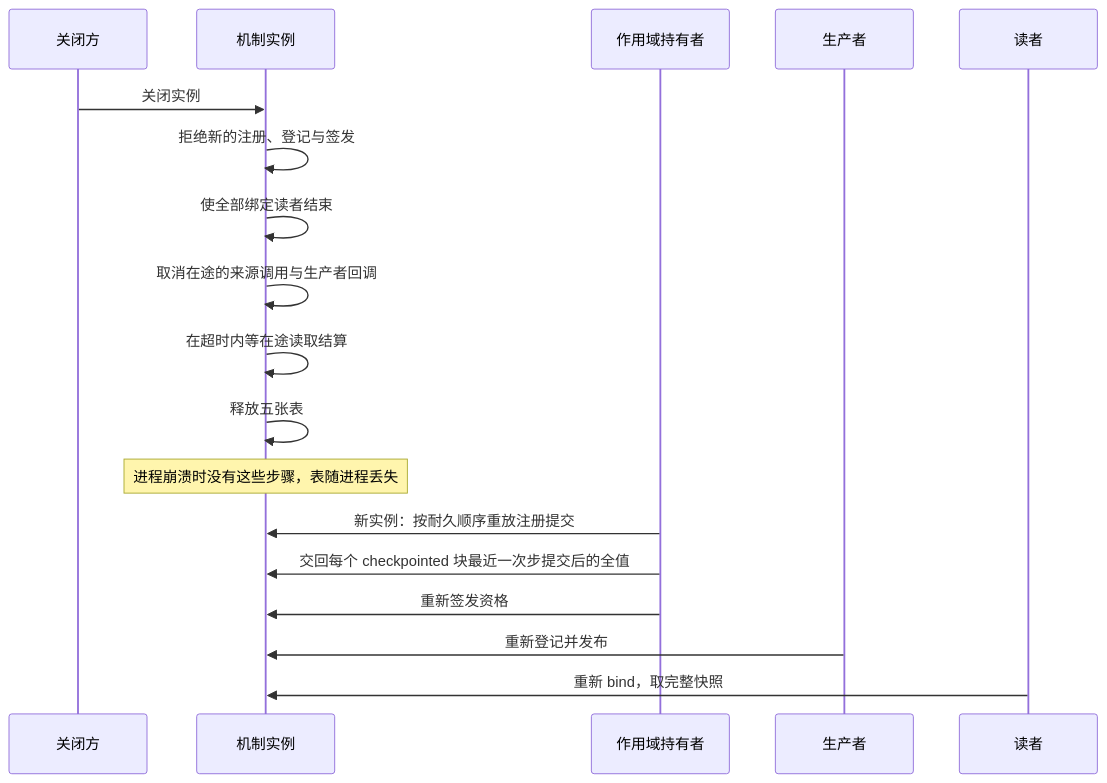
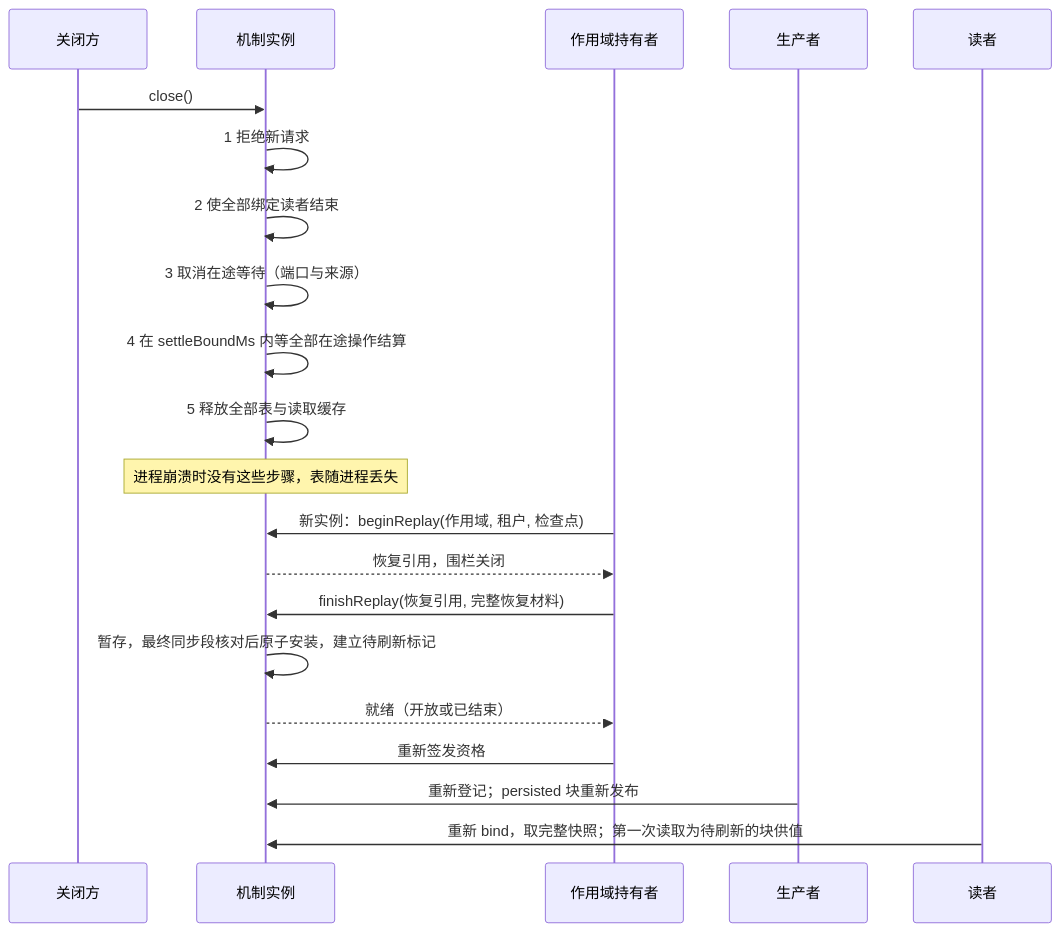
Before and after one commit to nemori-ai/omne-harness-lite: the fifth of 5 diagrams in packages/context/runtime-context/docs/flows.md, drawn with Mermaid. The commit also changed other lines of this file and 26 other files, not shown here.

````diff
--- a/packages/context/runtime-context/docs/flows.md
+++ b/packages/context/runtime-context/docs/flows.md
@@ -158,20 +166,23 @@
 ```mermaid
 sequenceDiagram
   participant C as 关闭方
   participant M as 机制实例
   participant H as 作用域持有者
   participant P as 生产者
   participant R as 读者
-  C->>M: 关闭实例
-  M->>M: 拒绝新的注册、登记与签发
-  M->>M: 使全部绑定读者结束
-  M->>M: 取消在途的来源调用与生产者回调
-  M->>M: 在超时内等在途读取结算
-  M->>M: 释放五张表
+  C->>M: close()
+  M->>M: 1 拒绝新请求
+  M->>M: 2 使全部绑定读者结束
+  M->>M: 3 取消在途等待（端口与来源）
+  M->>M: 4 在 settleBoundMs 内等全部在途操作结算
+  M->>M: 5 释放全部表与读取缓存
   Note over M: 进程崩溃时没有这些步骤，表随进程丢失
-  H->>M: 新实例：按耐久顺序重放注册提交
-  H->>M: 交回每个 checkpointed 块最近一次步提交后的全值
+  H->>M: 新实例：beginReplay(作用域, 租户, 检查点)
+  M-->>H: 恢复引用，围栏关闭
+  H->>M: finishReplay(恢复引用, 完整恢复材料)
+  M->>M: 暂存，最终同步段核对后原子安装，建立待刷新标记
+  M-->>H: 就绪（开放或已结束）
   H->>M: 重新签发资格
-  P->>M: 重新登记并发布
-  R->>M: 重新 bind，取完整快照
+  P->>M: 重新登记；persisted 块重新发布
+  R->>M: 重新 bind，取完整快照；第一次读取为待刷新的块供值
 ```
````
